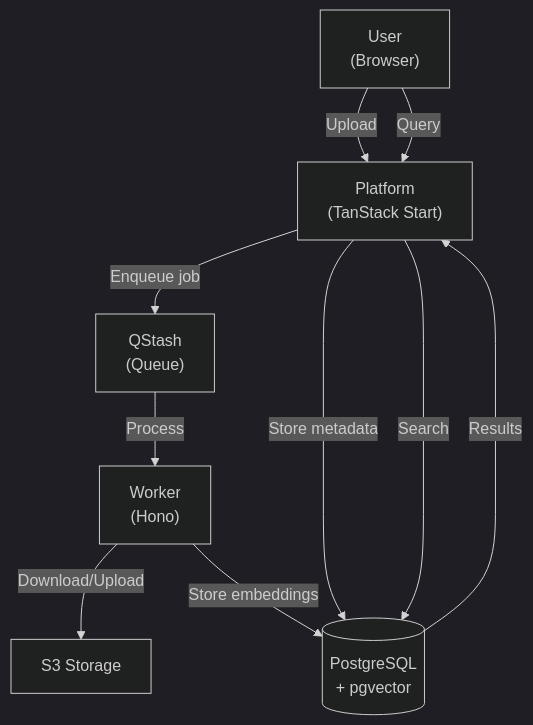
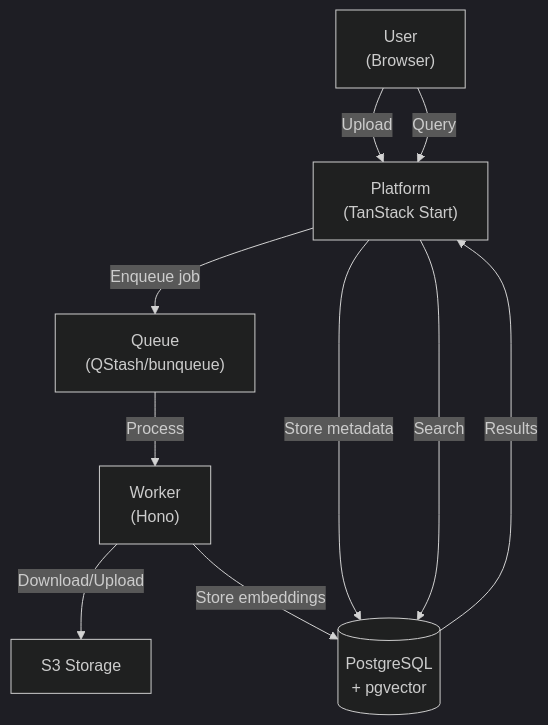
The sixth of 6 diagrams in apps/www/src/content/docs/docs/getting-started/core-concepts.mdx (macintushar/curiositi), drawn with Mermaid (dark theme) before and after one commit. The commit also changed other lines of this file and 2 other files, not shown here.

````diff
--- a/apps/www/src/content/docs/docs/getting-started/core-concepts.mdx
+++ b/apps/www/src/content/docs/docs/getting-started/core-concepts.mdx
@@ -276,12 +276,12 @@
 ```mermaid
 flowchart TB
     User["User<br/>(Browser)"] -->|"Upload"| Platform["Platform<br/>(TanStack Start)"]
-    Platform -->|"Enqueue job"| QStash["QStash<br/>(Queue)"]
+    Platform -->|"Enqueue job"| Queue["Queue<br/>(QStash/bunqueue)"]
     Platform -->|"Store metadata"| DB[(PostgreSQL<br/>+ pgvector)]
-    QStash -->|"Process"| Worker["Worker<br/>(Hono)"]
+    Queue -->|"Process"| Worker["Worker<br/>(Hono)"]
     Worker -->|"Download/Upload"| S3["S3 Storage"]
     Worker -->|"Store embeddings"| DB
     User -->|"Query"| Platform
     Platform -->|"Search"| DB
     DB -->|"Results"| Platform
 ```
````
